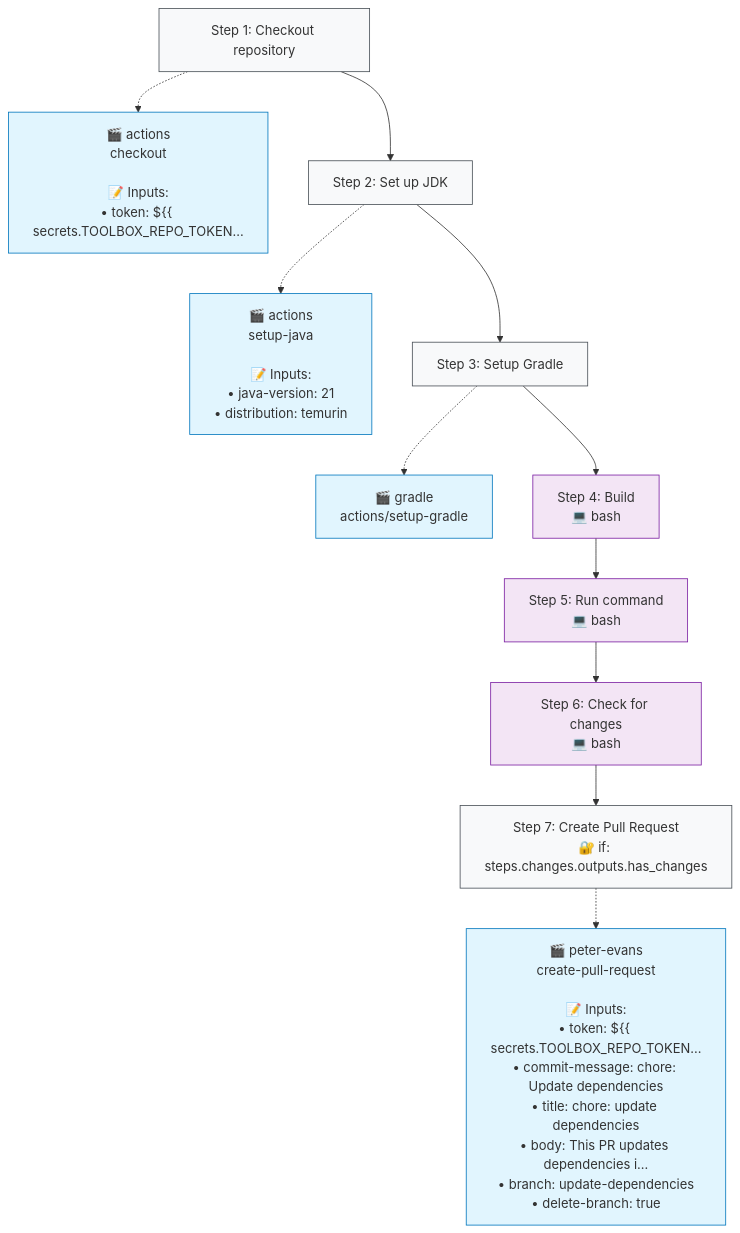
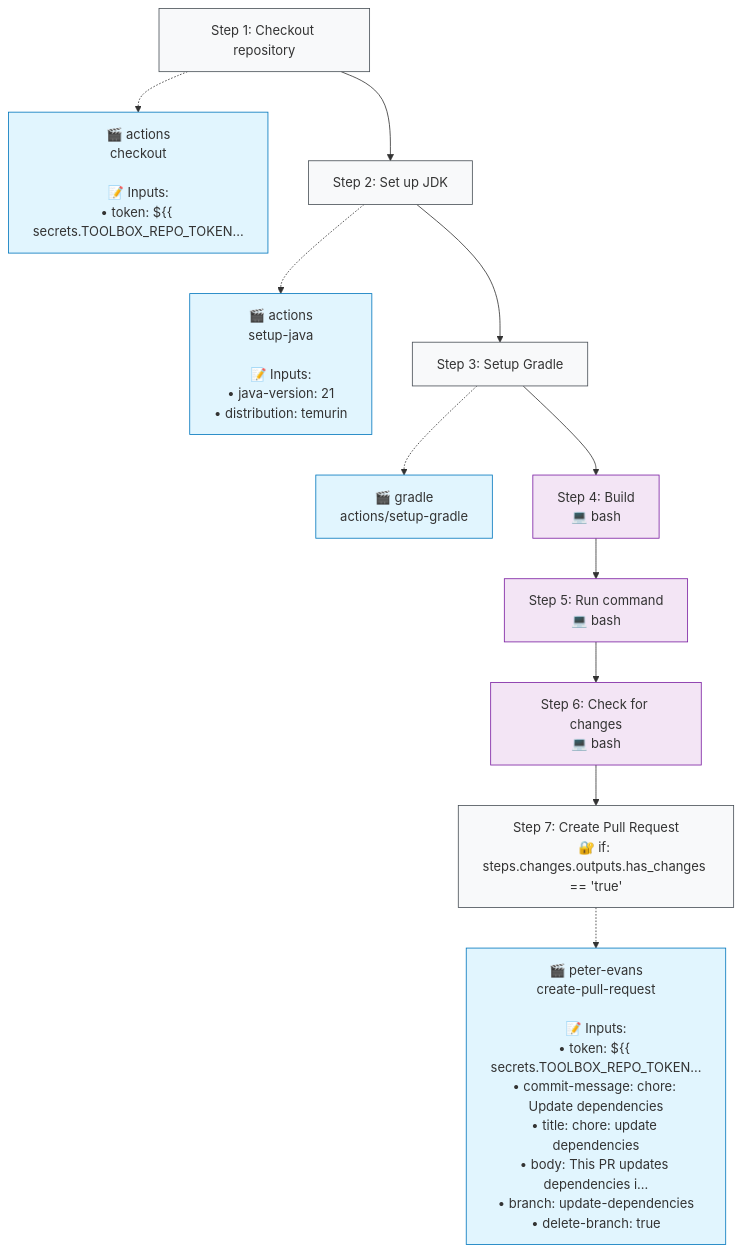
Before and after one commit to http4k/www: the second of 2 diagrams in .github/typeflows/update-dependencies/README.md, drawn with Mermaid. The commit also changed other lines of this file and 5 other files, not shown here.

````diff
--- a/.github/typeflows/update-dependencies/README.md
+++ b/.github/typeflows/update-dependencies/README.md
@@ -24,36 +24,36 @@
 ```mermaid
 %%{init: {"flowchart": {"curve": "basis"}}}%%
 flowchart TD
     step1["Step 1: Checkout repository"]
     style step1 fill:#f8f9fa,stroke:#495057
     action1["🎬 actions<br/>checkout<br/><br/>📝 Inputs:<br/>• token: ${{ secrets.TOOLBOX_REPO_TOKEN..."]
     style action1 fill:#e1f5fe,stroke:#0277bd
     step1 -.-> action1
     step2["Step 2: Set up JDK"]
     style step2 fill:#f8f9fa,stroke:#495057
     action2["🎬 actions<br/>setup-java<br/><br/>📝 Inputs:<br/>• java-version: 21<br/>• distribution: temurin"]
     style action2 fill:#e1f5fe,stroke:#0277bd
     step2 -.-> action2
     step1 --> step2
     step3["Step 3: Setup Gradle"]
     style step3 fill:#f8f9fa,stroke:#495057
     action3["🎬 gradle<br/>actions/setup-gradle"]
     style action3 fill:#e1f5fe,stroke:#0277bd
     step3 -.-> action3
     step2 --> step3
     step4["Step 4: Build<br/>💻 bash"]
     style step4 fill:#f3e5f5,stroke:#7b1fa2
     step3 --> step4
     step5["Step 5: Run command<br/>💻 bash"]
     style step5 fill:#f3e5f5,stroke:#7b1fa2
     step4 --> step5
     step6["Step 6: Check for changes<br/>💻 bash"]
     style step6 fill:#f3e5f5,stroke:#7b1fa2
     step5 --> step6
-    step7["Step 7: Create Pull Request<br/>🔐 if: steps.changes.outputs.has_changes"]
+    step7["Step 7: Create Pull Request<br/>🔐 if: steps.changes.outputs.has_changes == 'true'"]
     style step7 fill:#f8f9fa,stroke:#495057
     action7["🎬 peter-evans<br/>create-pull-request<br/><br/>📝 Inputs:<br/>• token: ${{ secrets.TOOLBOX_REPO_TOKEN...<br/>• commit-message: chore: Update dependencies<br/>• title: chore: update dependencies<br/>• body: This PR updates dependencies i...<br/>• branch: update-dependencies<br/>• delete-branch: true"]
     style action7 fill:#e1f5fe,stroke:#0277bd
     step7 -.-> action7
     step6 --> step7
 ```
````
